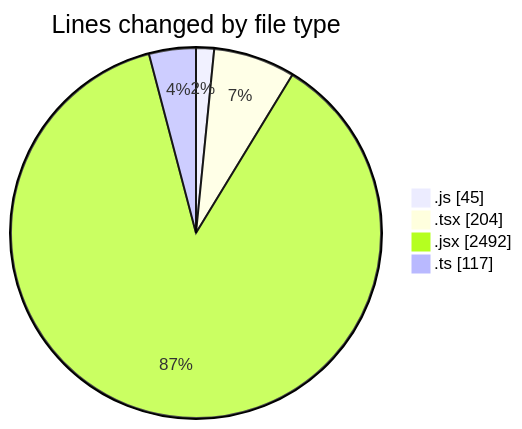
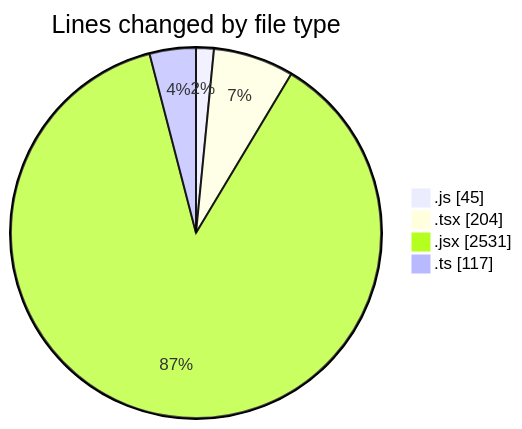
Before and after one commit to nxtqubesakshisongat/code-tracking: the first of 2 diagrams in 2026-01-09/nxtqube_webapp/README.md, drawn with Mermaid. The commit also changed other lines of this file and 1 other file, not shown here.

````diff
--- a/2026-01-09/nxtqube_webapp/README.md
+++ b/2026-01-09/nxtqube_webapp/README.md
@@ -25,8 +25,8 @@
 ```mermaid
 pie showData
 title Lines changed by file type
 ".js" : 45
 ".tsx" : 204
-".jsx" : 2492
+".jsx" : 2531
 ".ts" : 117
 ```
````
